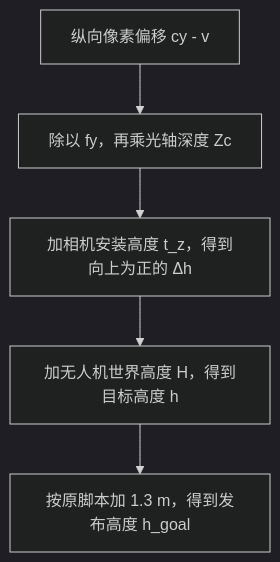
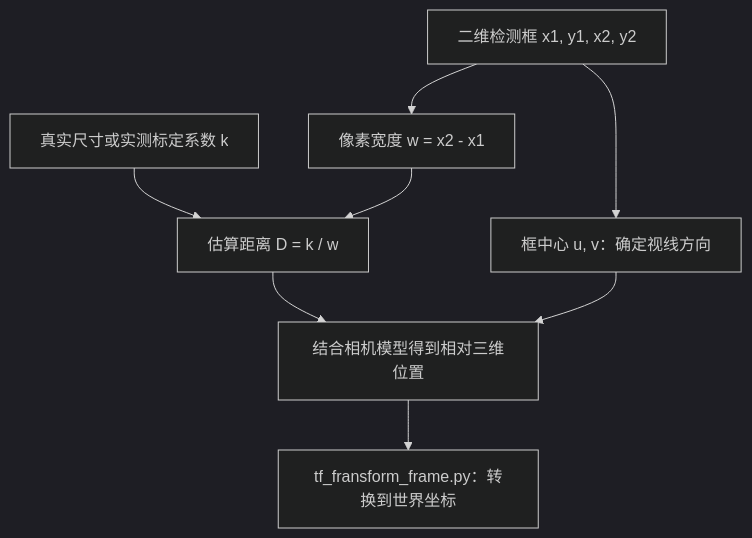
The diagram in README.md (le12377/pixel-to-world-3d), drawn with Mermaid (dark theme) before and after one commit. The commit also changed other lines of this file and 1 other file, not shown here.

````diff
--- a/README.md
+++ b/README.md
@@ -48,7 +181,10 @@
 ```mermaid
 flowchart TD
-    A["纵向像素偏移 cy - v"] --> B["除以 fy，再乘光轴深度 Zc"]
-    B --> C["加相机安装高度 t_z，得到向上为正的 Δh"]
-    C --> D["加无人机世界高度 H，得到目标高度 h"]
-    D --> E["按原脚本加 1.3 m，得到发布高度 h_goal"]
+    A["二维检测框 x1, y1, x2, y2"] --> B["像素宽度 w = x2 - x1"]
+    C["真实尺寸或实测标定系数 k"] --> D["估算距离 D = k / w"]
+    B --> D
+    A --> E["框中心 u, v：确定视线方向"]
+    D --> F["结合相机模型得到相对三维位置"]
+    E --> F
+    F --> G["tf_fransform_frame.py：转换到世界坐标"]
 ```
````
